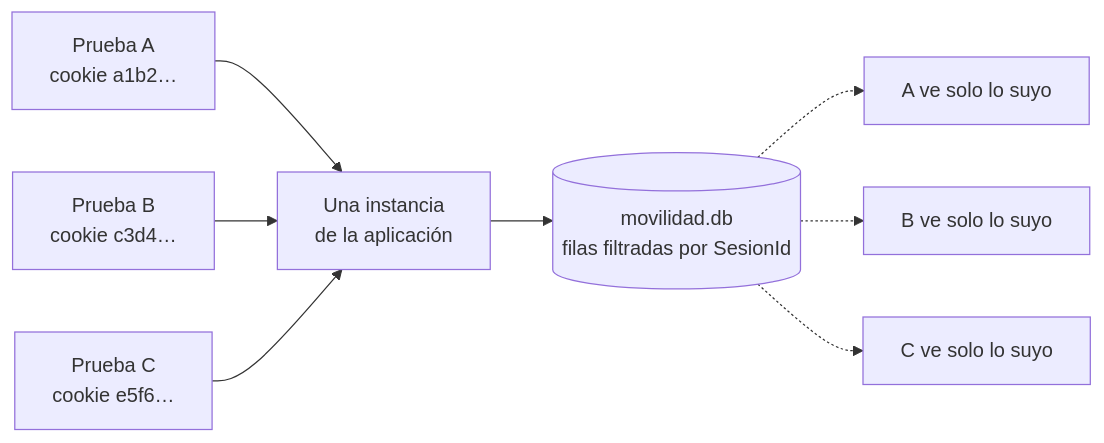
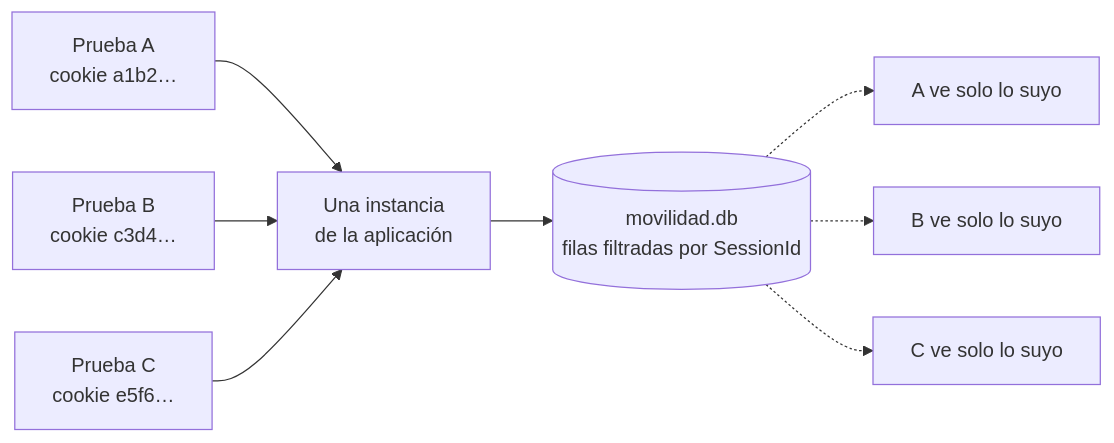
Before and after one commit to hdcm-dev/Lab-E2E.WebBlazor.Documentacion: the third of 5 diagrams in Guides/E2E-Guide/Beginner-Guide.md, drawn with Mermaid. The commit also changed other lines of this file and 17 other files, not shown here.

````diff
--- a/Guides/E2E-Guide/Beginner-Guide.md
+++ b/Guides/E2E-Guide/Beginner-Guide.md
@@ -863,10 +863,10 @@
 ```mermaid
 flowchart LR
     P1["Prueba A<br/>cookie a1b2…"] --> S["Una instancia<br/>de la aplicación"]
     P2["Prueba B<br/>cookie c3d4…"] --> S
     P3["Prueba C<br/>cookie e5f6…"] --> S
-    S --> DB[("movilidad.db<br/>filas filtradas por SesionId")]
+    S --> DB[("movilidad.db<br/>filas filtradas por SessionId")]
     DB -.-> R1["A ve solo lo suyo"]
     DB -.-> R2["B ve solo lo suyo"]
     DB -.-> R3["C ve solo lo suyo"]
 ```
````
